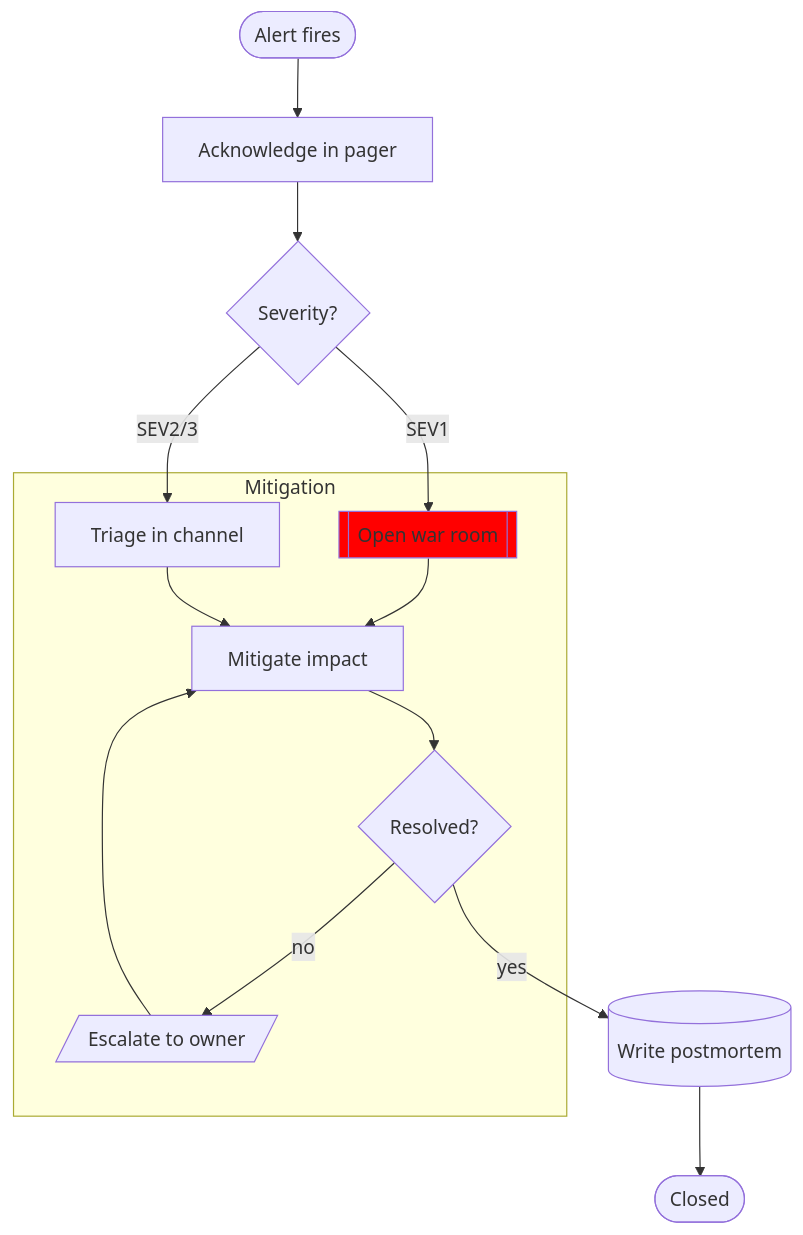
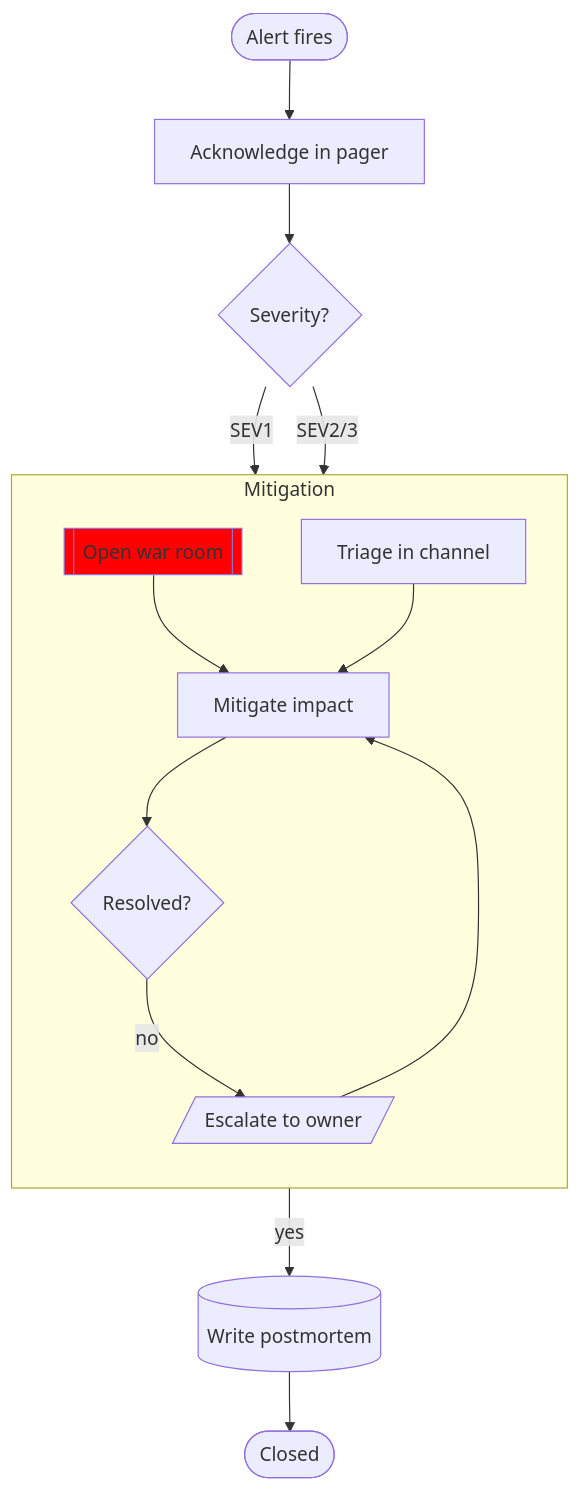
The diagram in examples/mermaid/incident.flowchart.mmd (grenaad/storyink), drawn with Mermaid before and after one commit. The commit also changed 32 other files, not shown here.

Commit message:
feat: mermaid rect/box/fork/join/choice/notes, sequence note placement, snapshot ffmpeg tile + orphan-proof kills, gallery; docs and schema

```diff
--- a/examples/mermaid/incident.flowchart.mmd
+++ b/examples/mermaid/incident.flowchart.mmd
@@ -1,17 +1,18 @@
 %% Incident triage, as a Mermaid flowchart
 flowchart TD
   alert([Alert fires]) --> ack[Acknowledge in pager]
   ack --> sev{Severity?}
   sev -->|SEV1| war[[Open war room]]
   sev -->|SEV2/3| triage[Triage in channel]
   subgraph Mitigation
+    direction TB
     war --> mitigate[Mitigate impact]
     triage --> mitigate
     mitigate --> ok{Resolved?}
     ok -- no --> escalate[/Escalate to owner/]
     escalate --> mitigate
   end
   ok -- yes --> review[(Write postmortem)]
   review --> done([Closed])
   classDef hot fill:#f00
   class war hot
```
